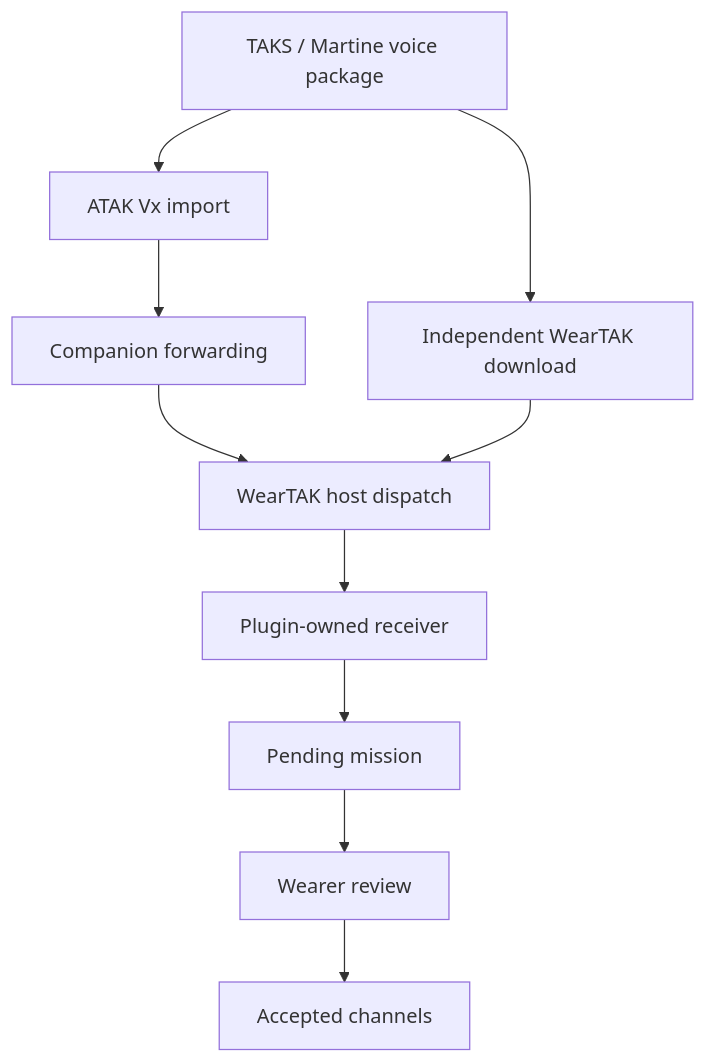
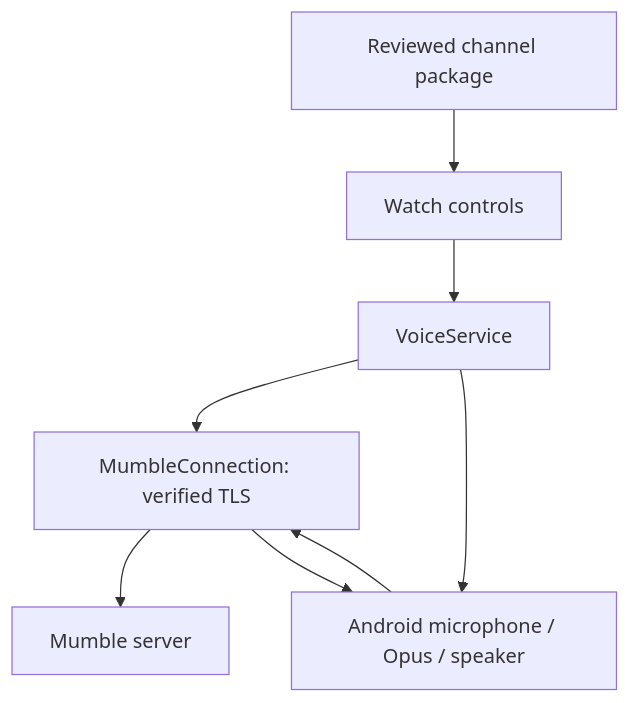
Before and after one commit to alexanderhavang-ops/weartak-voice: the diagram in docs/ARCHITECTURE.md, drawn with Mermaid. The commit also changed other lines of this file and 27 other files, not shown here.

First line of the commit message:
Build standalone Wear OS Mumble voice alpha

````diff
--- a/docs/ARCHITECTURE.md
+++ b/docs/ARCHITECTURE.md
@@ -5,12 +8,10 @@
 ```mermaid
 flowchart TD
-    M["TAKS / Martine voice package"] --> A["ATAK Vx import"]
-    M --> W["Independent WearTAK download"]
-    A --> C["Companion forwarding"]
-    C --> H["WearTAK host dispatch"]
-    W --> H
-    H --> R["Plugin-owned receiver"]
-    R --> P["Pending mission"]
-    P --> U["Wearer review"]
-    U --> S["Accepted channels"]
+    UI["Watch controls"] --> S["VoiceService"]
+    S --> C["MumbleConnection: verified TLS"]
+    S --> A["Android microphone / Opus / speaker"]
+    C --> M["Mumble server"]
+    A --> C
+    C --> A
+    I["Reviewed channel package"] --> UI
 ```
````
